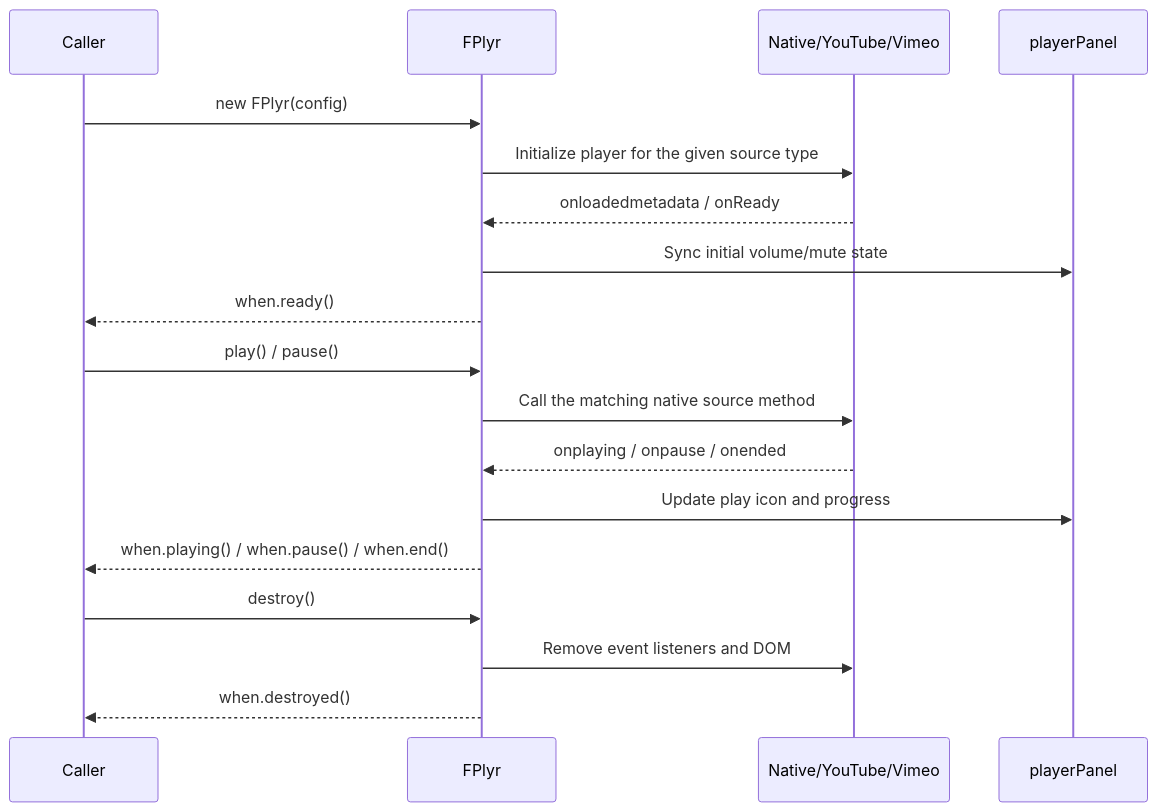
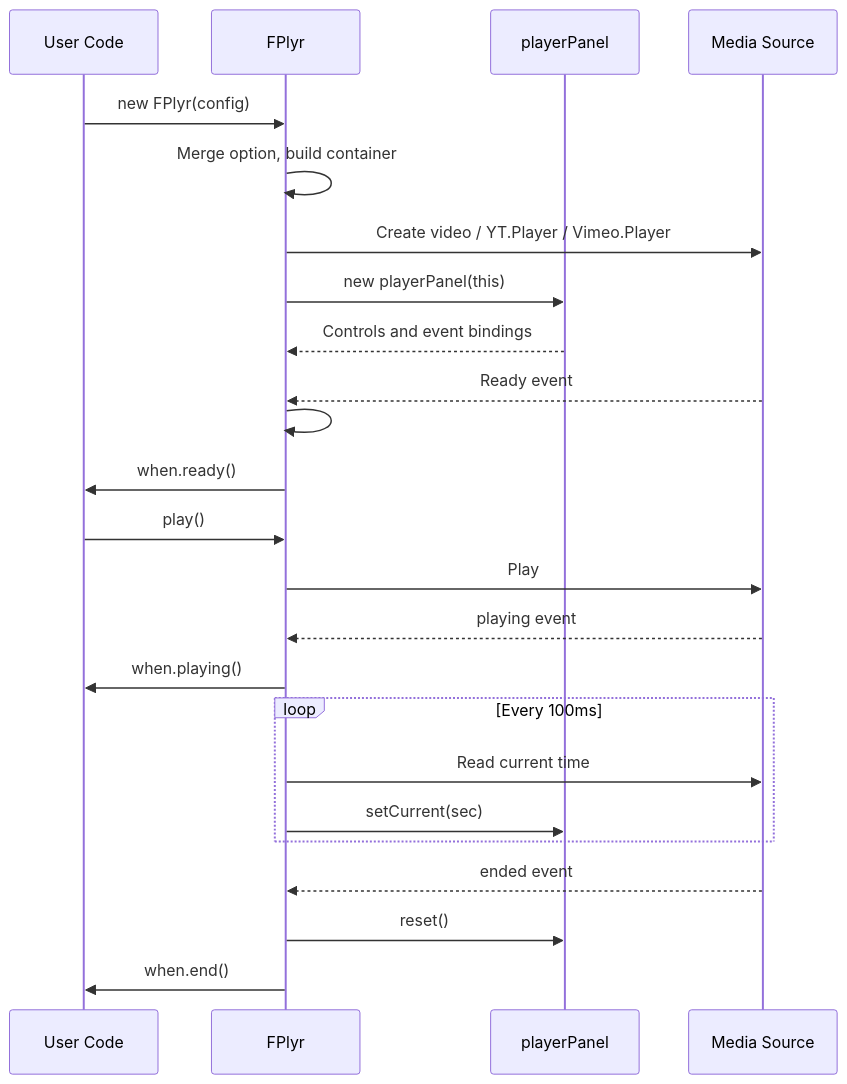
The seventh of 9 diagrams in doc/architecture.md (pardnchiu/FlexPlyr), drawn with Mermaid before and after one commit. The commit also changed other lines of this file and 7 other files, not shown here.

Commit message:
doc: Regenerate bilingual README, doc, and architecture docs from source

````diff
--- a/doc/architecture.md
+++ b/doc/architecture.md
@@ -72,23 +157,26 @@
 ```mermaid
 sequenceDiagram
-    participant Caller
-    participant FPlyr
-    participant Source as Native/YouTube/Vimeo
-    participant Panel as playerPanel
-
-    Caller->>FPlyr: new FPlyr(config)
-    FPlyr->>Source: Initialize player for the given source type
-    Source-->>FPlyr: onloadedmetadata / onReady
-    FPlyr->>Panel: Sync initial volume/mute state
-    FPlyr-->>Caller: when.ready()
-
-    Caller->>FPlyr: play() / pause()
-    FPlyr->>Source: Call the matching native source method
-    Source-->>FPlyr: onplaying / onpause / onended
-    FPlyr->>Panel: Update play icon and progress
-    FPlyr-->>Caller: when.playing() / when.pause() / when.end()
-
-    Caller->>FPlyr: destroy()
-    FPlyr->>Source: Remove event listeners and DOM
-    FPlyr-->>Caller: when.destroyed()
+    participant U as User Code
+    participant C as FPlyr
+    participant P as playerPanel
+    participant S as Media Source
+    U->>C: new FPlyr(config)
+    C->>C: Merge option, build container
+    C->>S: Create video / YT.Player / Vimeo.Player
+    C->>P: new playerPanel(this)
+    P-->>C: Controls and event bindings
+    S-->>C: Ready event
+    C->>C: #stateReady: set duration, volume, mute
+    C->>U: when.ready()
+    U->>C: play()
+    C->>S: Play
+    S-->>C: playing event
+    C->>U: when.playing()
+    loop Every 100ms
+        C->>S: Read current time
+        C->>P: setCurrent(sec)
+    end
+    S-->>C: ended event
+    C->>P: reset()
+    C->>U: when.end()
 ```
````
